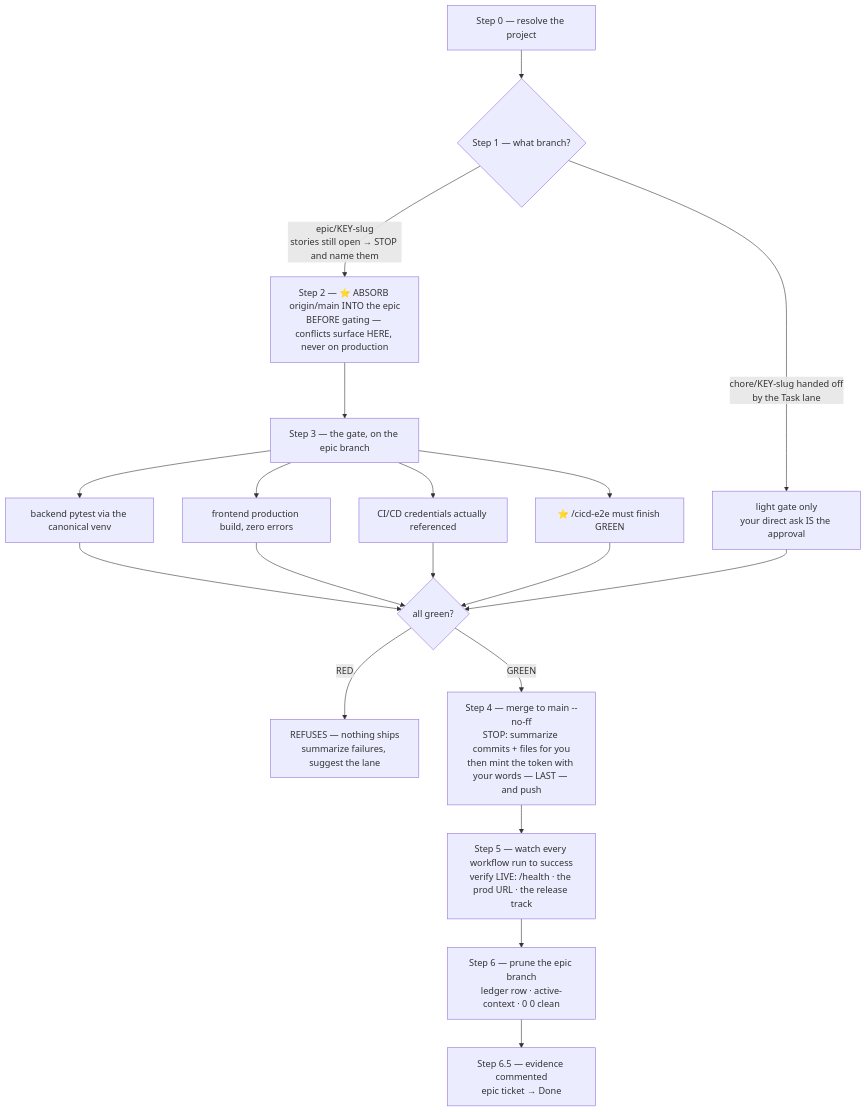
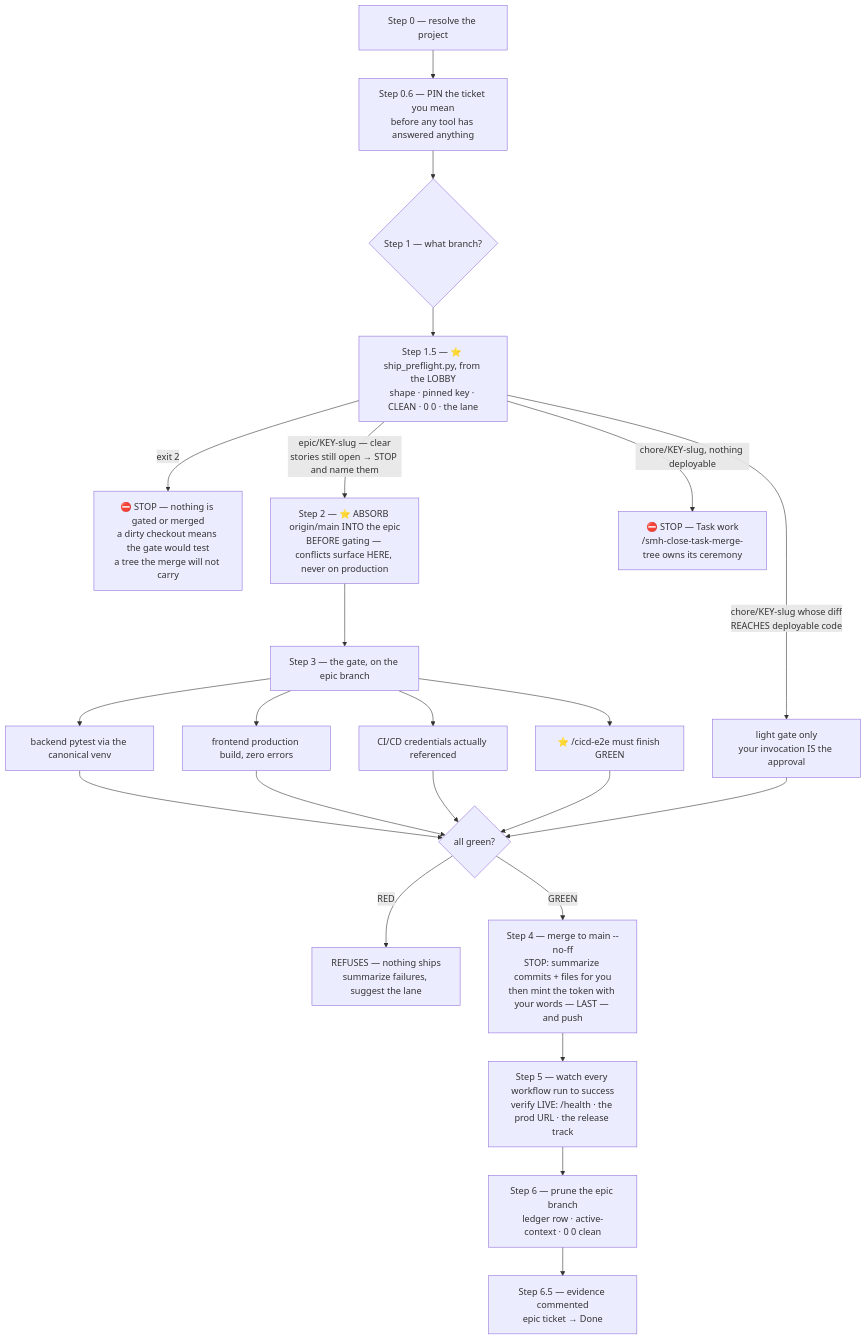
One commit to sudomadhatter/Sudo_Hatter_Command changed diagram 35 of 45 in docs/_scc_sops_prds/workflows_testing_SOP.md. Above: the diagram before and after it, drawn with Mermaid. The commit also changed other lines of this file and 9 other files, not shown here.

````diff
--- a/docs/_scc_sops_prds/workflows_testing_SOP.md
+++ b/docs/_scc_sops_prds/workflows_testing_SOP.md
@@ -3242,21 +3265,25 @@
 ```mermaid
 flowchart TD
-    S0["Step 0 — resolve the project"] --> S1{"Step 1 — what branch?"}
-    S1 -- "epic/KEY-slug\nstories still open → STOP and name them" --> S2["Step 2 — ⭐ ABSORB origin/main INTO the epic\nBEFORE gating — conflicts surface HERE, never on production"]
-    S1 -- "chore/KEY-slug handed off\nby the Task lane" --> LIGHT["light gate only\nyour direct ask IS the approval"]
+    S0["Step 0 — resolve the project"] --> S06["Step 0.6 — PIN the ticket you mean\nbefore any tool has answered anything"]
+    S06 --> S1{"Step 1 — what branch?"}
+    S1 --> S15["Step 1.5 — ⭐ ship_preflight.py, from the LOBBY\nshape · pinned key · CLEAN · 0 0 · the lane"]
+    S15 -- "exit 2" --> PFSTOP["⛔ STOP — nothing is gated or merged\na dirty checkout means the gate would test\na tree the merge will not carry"]
+    S15 -- "epic/KEY-slug — clear\nstories still open → STOP and name them" --> S2["Step 2 — ⭐ ABSORB origin/main INTO the epic\nBEFORE gating — conflicts surface HERE, never on production"]
+    S15 -- "chore/KEY-slug whose diff\nREACHES deployable code" --> LIGHT["light gate only\nyour invocation IS the approval"]
+    S15 -- "chore/KEY-slug, nothing deployable" --> HANDOFF["⛔ STOP — Task work\n/smh-close-task-merge-tree owns its ceremony"]
     S2 --> S3["Step 3 — the gate, on the epic branch"]
     S3 --> G1["backend pytest via the canonical venv"]
     S3 --> G2["frontend production build, zero errors"]
     S3 --> G3["CI/CD credentials actually referenced"]
     S3 --> G4["⭐ /cicd-e2e must finish GREEN"]
     G1 --> V{"all green?"}
     G2 --> V
     G3 --> V
     G4 --> V
     LIGHT --> V
     V -- "RED" --> STOP["REFUSES — nothing ships\nsummarize failures, suggest the lane"]
     V -- "GREEN" --> S4["Step 4 — merge to main --no-ff\nSTOP: summarize commits + files for you\nthen mint the token with your words — LAST — and push"]
     S4 --> S5["Step 5 — watch every workflow run to success\nverify LIVE: /health · the prod URL · the release track"]
     S5 --> S6["Step 6 — prune the epic branch\nledger row · active-context · 0 0 clean"]
     S6 --> S65["Step 6.5 — evidence commented\nepic ticket → Done"]
 ```
````
